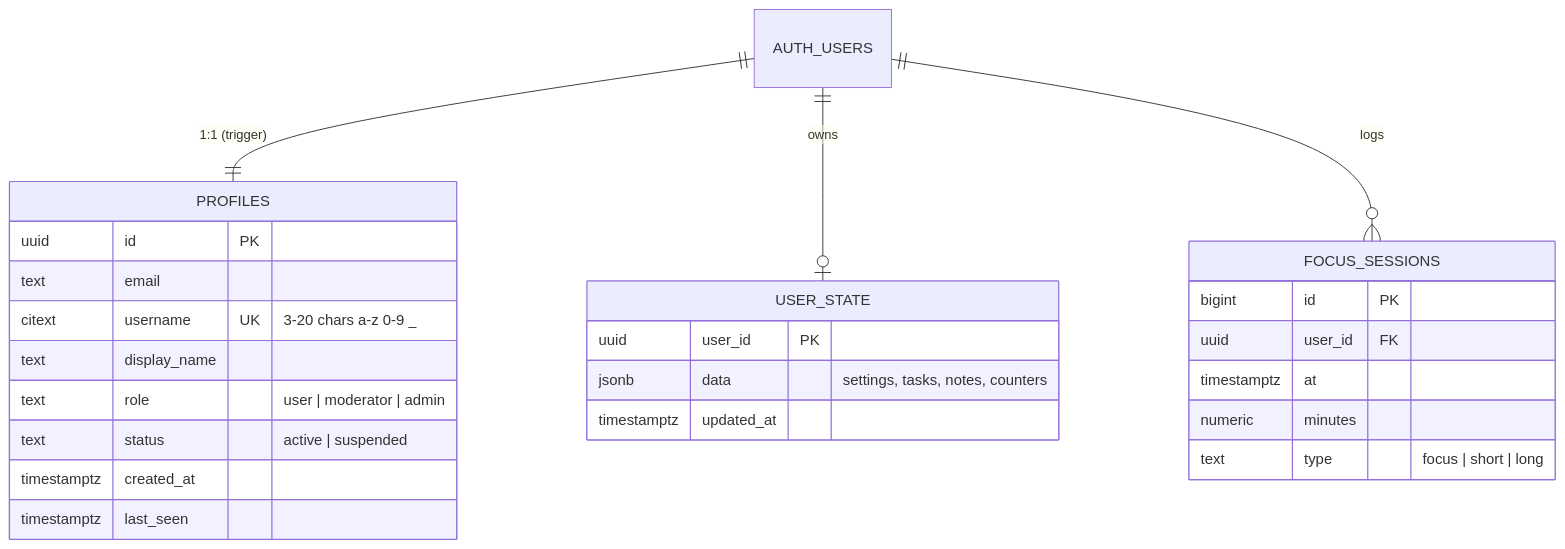
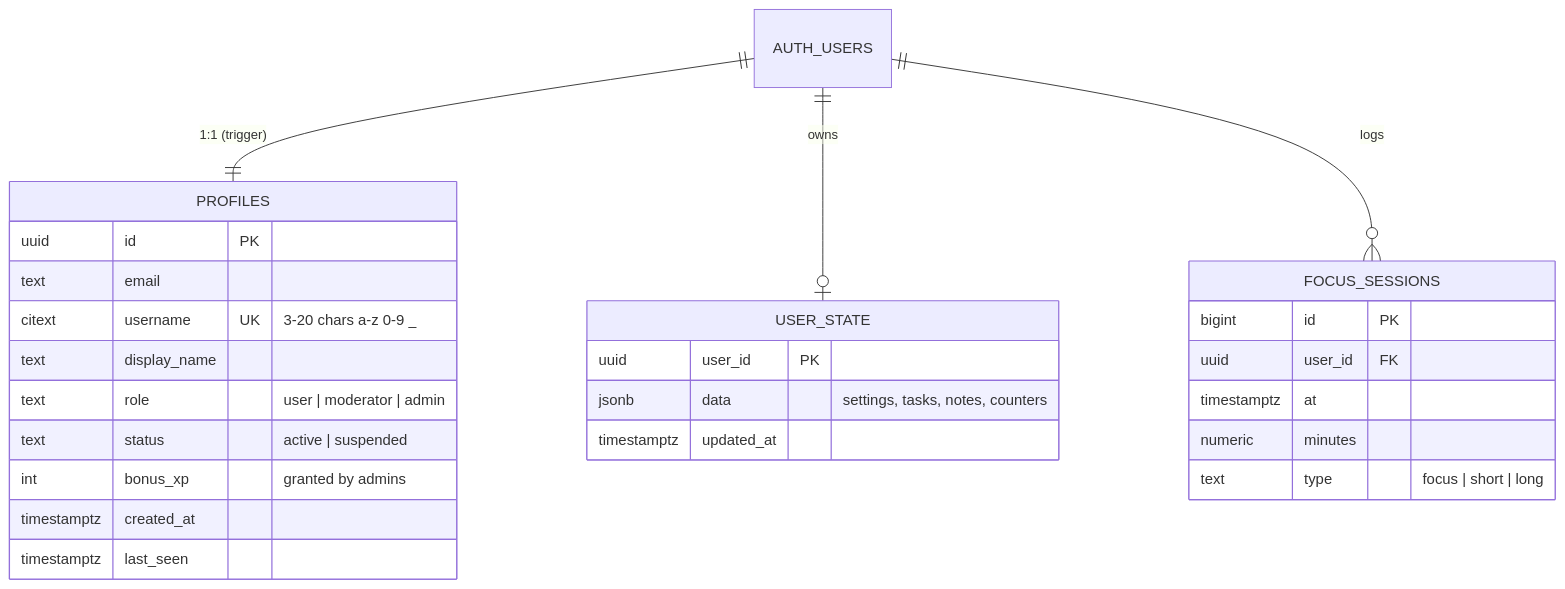
One commit to raheemxghumman/floe changed the seventh of 7 diagrams in README.md. Above: the diagram before and after it, drawn with Mermaid. The commit also changed other lines of this file and 21 other files, not shown here.

````diff
--- a/README.md
+++ b/README.md
@@ -250,29 +252,30 @@
 ```mermaid
 erDiagram
   AUTH_USERS ||--|| PROFILES : "1:1 (trigger)"
   AUTH_USERS ||--o| USER_STATE : owns
   AUTH_USERS ||--o{ FOCUS_SESSIONS : logs
 
   PROFILES {
     uuid id PK
     text email
     citext username UK "3-20 chars a-z 0-9 _"
     text display_name
     text role "user | moderator | admin"
     text status "active | suspended"
+    int bonus_xp "granted by admins"
     timestamptz created_at
     timestamptz last_seen
   }
   USER_STATE {
     uuid user_id PK
     jsonb data "settings, tasks, notes, counters"
     timestamptz updated_at
   }
   FOCUS_SESSIONS {
     bigint id PK
     uuid user_id FK
     timestamptz at
     numeric minutes
     text type "focus | short | long"
   }
 ```
````
